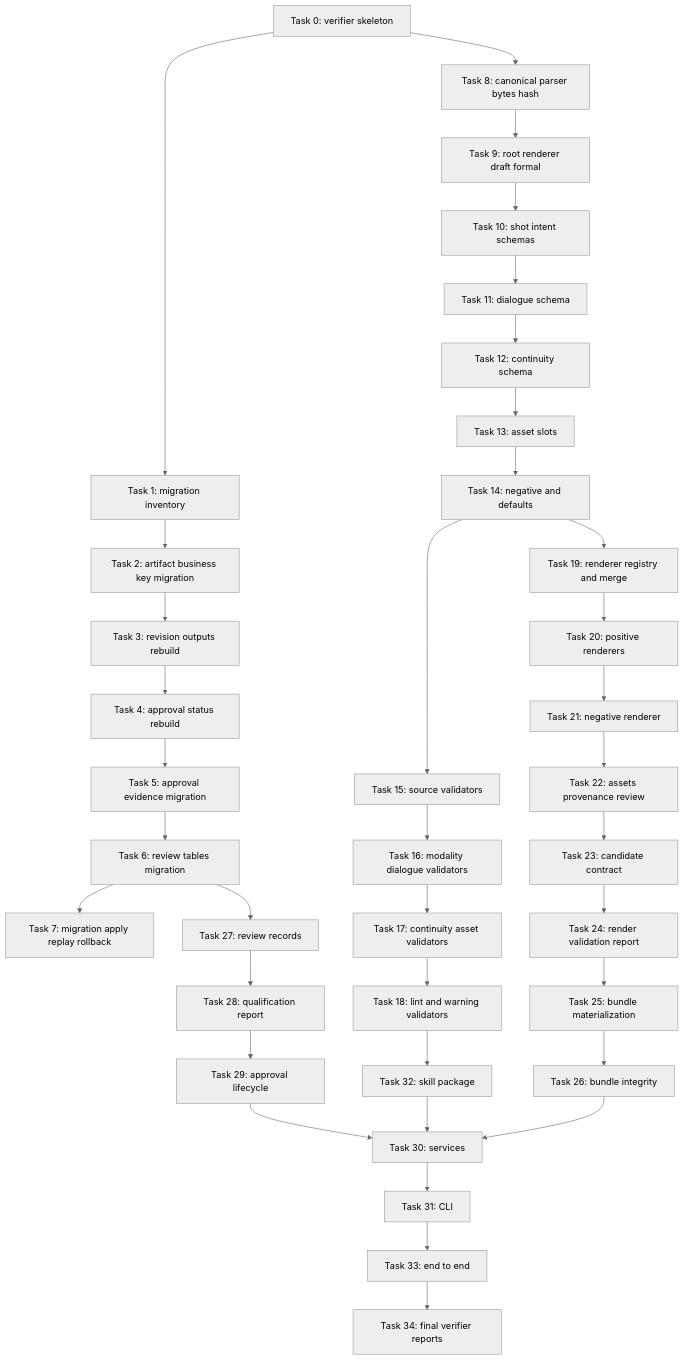
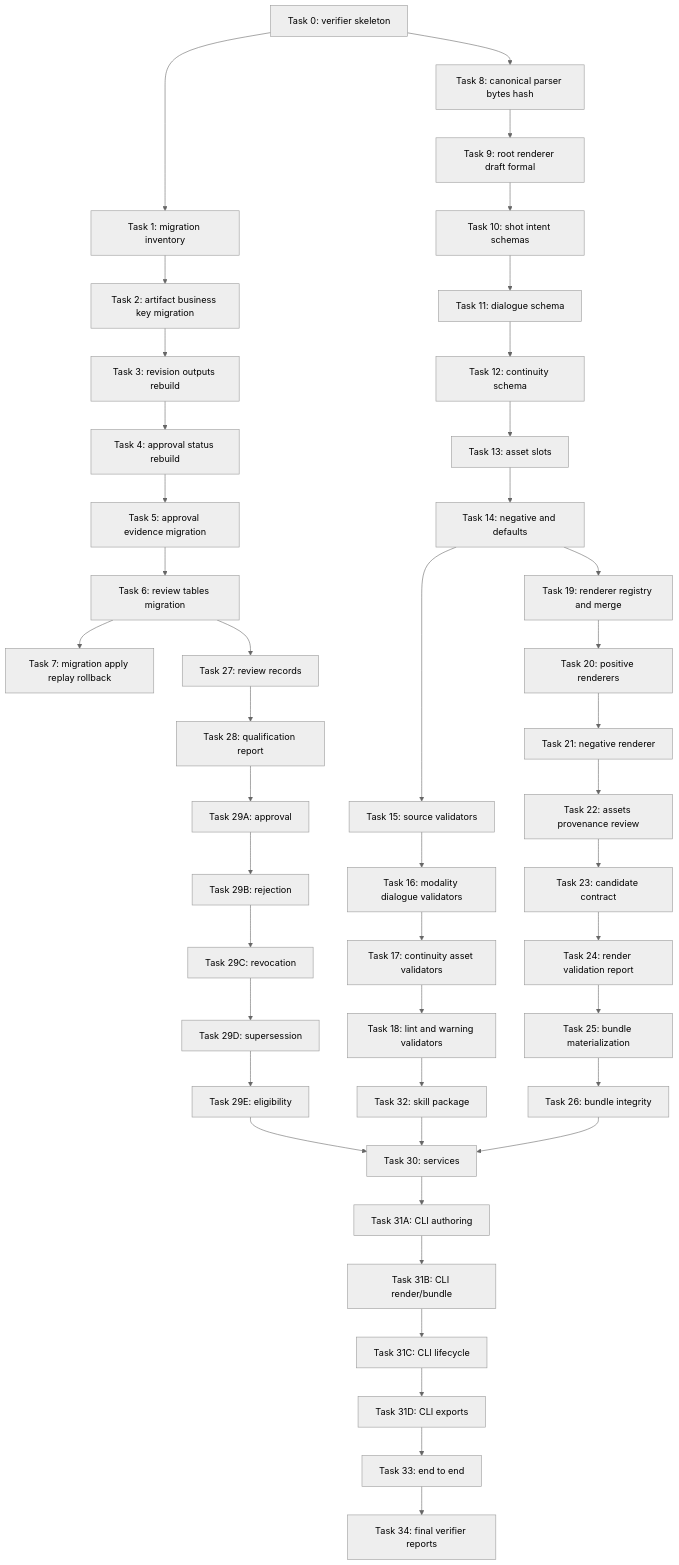
Before and after one commit to Java-zengzhiwen/ai-drama: the diagram in docs/superpowers/plans/2026-07-02-phase3-shot-prompt-canonical-implementation.md, drawn with Mermaid (neutral theme). The commit also changed other lines of this file, not shown here.

````diff
--- a/docs/superpowers/plans/2026-07-02-phase3-shot-prompt-canonical-implementation.md
+++ b/docs/superpowers/plans/2026-07-02-phase3-shot-prompt-canonical-implementation.md
@@ -327,51 +353,58 @@
 ```mermaid
 flowchart TD
   T0["Task 0: verifier skeleton"]
   T1["Task 1: migration inventory"]
   T2["Task 2: artifact business key migration"]
   T3["Task 3: revision outputs rebuild"]
   T4["Task 4: approval status rebuild"]
   T5["Task 5: approval evidence migration"]
   T6["Task 6: review tables migration"]
   T7["Task 7: migration apply replay rollback"]
   T8["Task 8: canonical parser bytes hash"]
   T9["Task 9: root renderer draft formal"]
   T10["Task 10: shot intent schemas"]
   T11["Task 11: dialogue schema"]
   T12["Task 12: continuity schema"]
   T13["Task 13: asset slots"]
   T14["Task 14: negative and defaults"]
   T15["Task 15: source validators"]
   T16["Task 16: modality dialogue validators"]
   T17["Task 17: continuity asset validators"]
   T18["Task 18: lint and warning validators"]
   T19["Task 19: renderer registry and merge"]
   T20["Task 20: positive renderers"]
   T21["Task 21: negative renderer"]
   T22["Task 22: assets provenance review"]
   T23["Task 23: candidate contract"]
   T24["Task 24: render validation report"]
   T25["Task 25: bundle materialization"]
   T26["Task 26: bundle integrity"]
   T27["Task 27: review records"]
   T28["Task 28: qualification report"]
-  T29["Task 29: approval lifecycle"]
+  T29A["Task 29A: approval"]
+  T29B["Task 29B: rejection"]
+  T29C["Task 29C: revocation"]
+  T29D["Task 29D: supersession"]
+  T29E["Task 29E: eligibility"]
   T32["Task 32: skill package"]
   T30["Task 30: services"]
-  T31["Task 31: CLI"]
+  T31A["Task 31A: CLI authoring"]
+  T31B["Task 31B: CLI render/bundle"]
+  T31C["Task 31C: CLI lifecycle"]
+  T31D["Task 31D: CLI exports"]
   T33["Task 33: end to end"]
   T34["Task 34: final verifier reports"]
 
   T0 --> T1 --> T2 --> T3 --> T4 --> T5 --> T6 --> T7
   T0 --> T8 --> T9 --> T10 --> T11 --> T12 --> T13 --> T14
   T14 --> T15 --> T16 --> T17 --> T18
   T14 --> T19 --> T20 --> T21 --> T22
   T22 --> T23 --> T24 --> T25 --> T26
-  T6 --> T27 --> T28 --> T29
+  T6 --> T27 --> T28 --> T29A --> T29B --> T29C --> T29D --> T29E
   T26 --> T30
-  T29 --> T30
+  T29E --> T30
   T18 --> T32
   T32 --> T30
-  T30 --> T31
-  T31 --> T33 --> T34
+  T30 --> T31A --> T31B --> T31C --> T31D
+  T31D --> T33 --> T34
 ```
````
